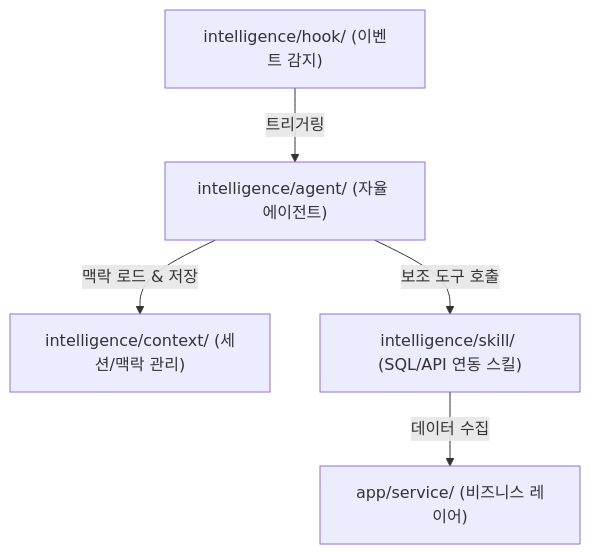
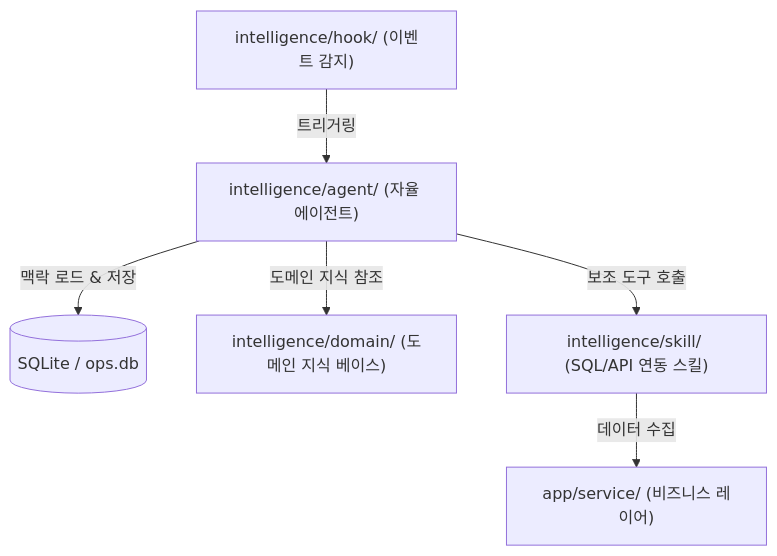
The diagram in guide/current-workflow.md (jumasi-34/intelligence), drawn with Mermaid before and after one commit. The commit also changed other lines of this file and 32 other files, not shown here.

````diff
--- a/guide/current-workflow.md
+++ b/guide/current-workflow.md
@@ -58,7 +31,8 @@
 ```mermaid
 graph TD
     Hook["intelligence/hook/ (이벤트 감지)"] -->|트리거링| Agent["intelligence/agent/ (자율 에이전트)"]
-    Agent -->|맥락 로드 & 저장| Context["intelligence/context/ (세션/맥락 관리)"]
+    Agent -->|맥락 로드 & 저장| DB[(SQLite / ops.db)]
+    Agent -->|도메인 지식 참조| Domain["intelligence/domain/ (도메인 지식 베이스)"]
     Agent -->|보조 도구 호출| Skill["intelligence/skill/ (SQL/API 연동 스킬)"]
     Skill -->|데이터 수집| Service["app/service/ (비즈니스 레이어)"]
 ```
````
